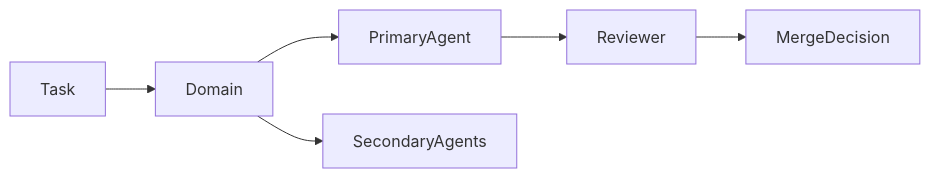
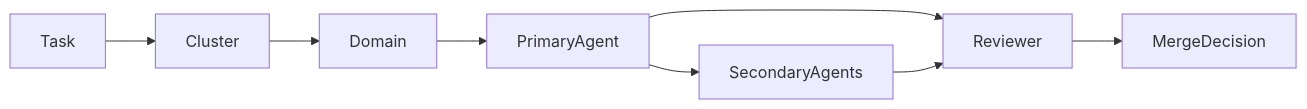
Before and after one commit to Katsiarynakavaleuskaya/PulsePlate: the diagram in docs/orchestration/AGENT_ROUTING_GRAPH.md, drawn with Mermaid. The commit also changed 6 other files, not shown here.

````diff
--- a/docs/orchestration/AGENT_ROUTING_GRAPH.md
+++ b/docs/orchestration/AGENT_ROUTING_GRAPH.md
@@ -78,9 +78,11 @@
 ```mermaid
 flowchart LR
 
-Task --> Domain
+Task --> Cluster
+Cluster --> Domain
 Domain --> PrimaryAgent
-Domain --> SecondaryAgents
+PrimaryAgent --> SecondaryAgents
 PrimaryAgent --> Reviewer
 Reviewer --> MergeDecision
+SecondaryAgents --> Reviewer
 ```
````
